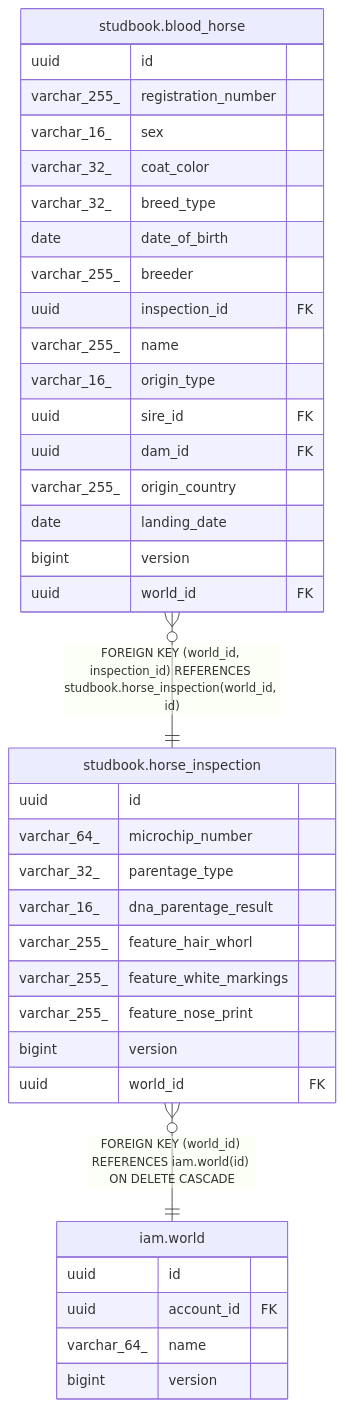
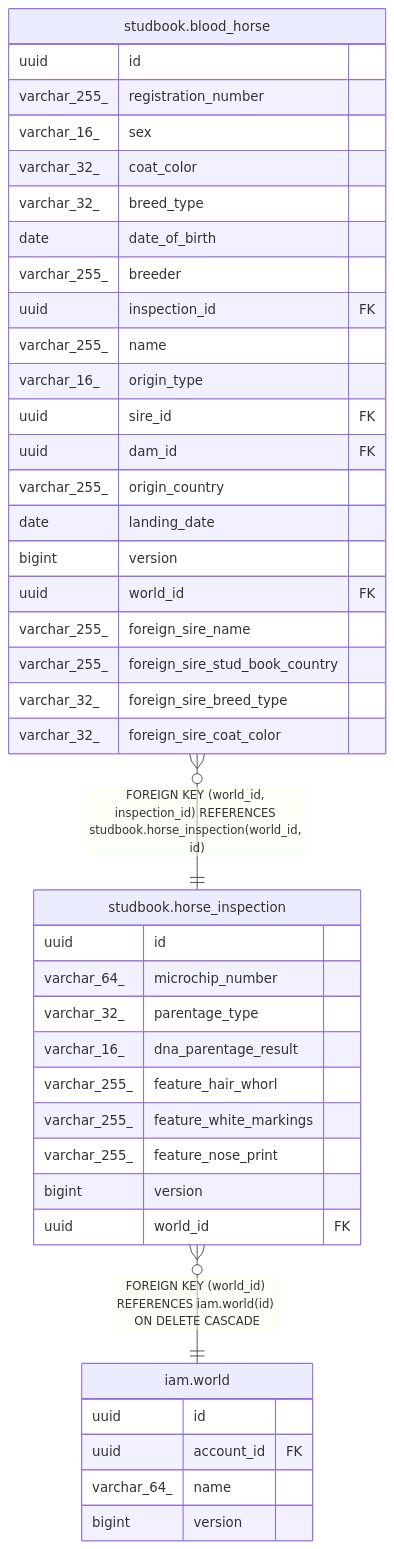
One commit to ptiringo/toy-box changed the diagram in dbdoc/studbook.horse_inspection.md. Above: the diagram before and after it, drawn with Mermaid. The commit also changed 16 other files, not shown here.

````diff
--- a/dbdoc/studbook.horse_inspection.md
+++ b/dbdoc/studbook.horse_inspection.md
@@ -45,42 +45,46 @@
 ```mermaid
 erDiagram
 
 "studbook.blood_horse" }o--|| "studbook.horse_inspection" : "FOREIGN KEY (world_id, inspection_id) REFERENCES studbook.horse_inspection(world_id, id)"
 "studbook.horse_inspection" }o--|| "iam.world" : "FOREIGN KEY (world_id) REFERENCES iam.world(id) ON DELETE CASCADE"
 
 "studbook.horse_inspection" {
   uuid id
   varchar_64_ microchip_number
   varchar_32_ parentage_type
   varchar_16_ dna_parentage_result
   varchar_255_ feature_hair_whorl
   varchar_255_ feature_white_markings
   varchar_255_ feature_nose_print
   bigint version
   uuid world_id FK
 }
 "studbook.blood_horse" {
   uuid id
   varchar_255_ registration_number
   varchar_16_ sex
   varchar_32_ coat_color
   varchar_32_ breed_type
   date date_of_birth
   varchar_255_ breeder
   uuid inspection_id FK
   varchar_255_ name
   varchar_16_ origin_type
   uuid sire_id FK
   uuid dam_id FK
   varchar_255_ origin_country
   date landing_date
   bigint version
   uuid world_id FK
+  varchar_255_ foreign_sire_name
+  varchar_255_ foreign_sire_stud_book_country
+  varchar_32_ foreign_sire_breed_type
+  varchar_32_ foreign_sire_coat_color
 }
 "iam.world" {
   uuid id
   uuid account_id FK
   varchar_64_ name
   bigint version
 }
 ```
````
